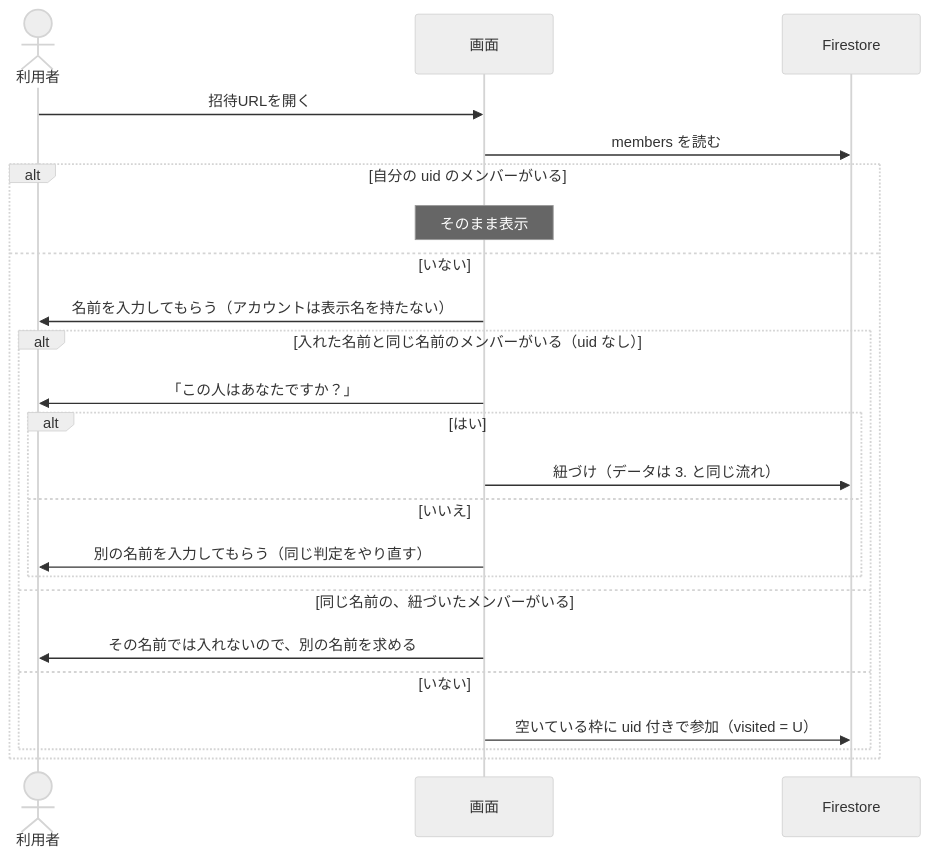
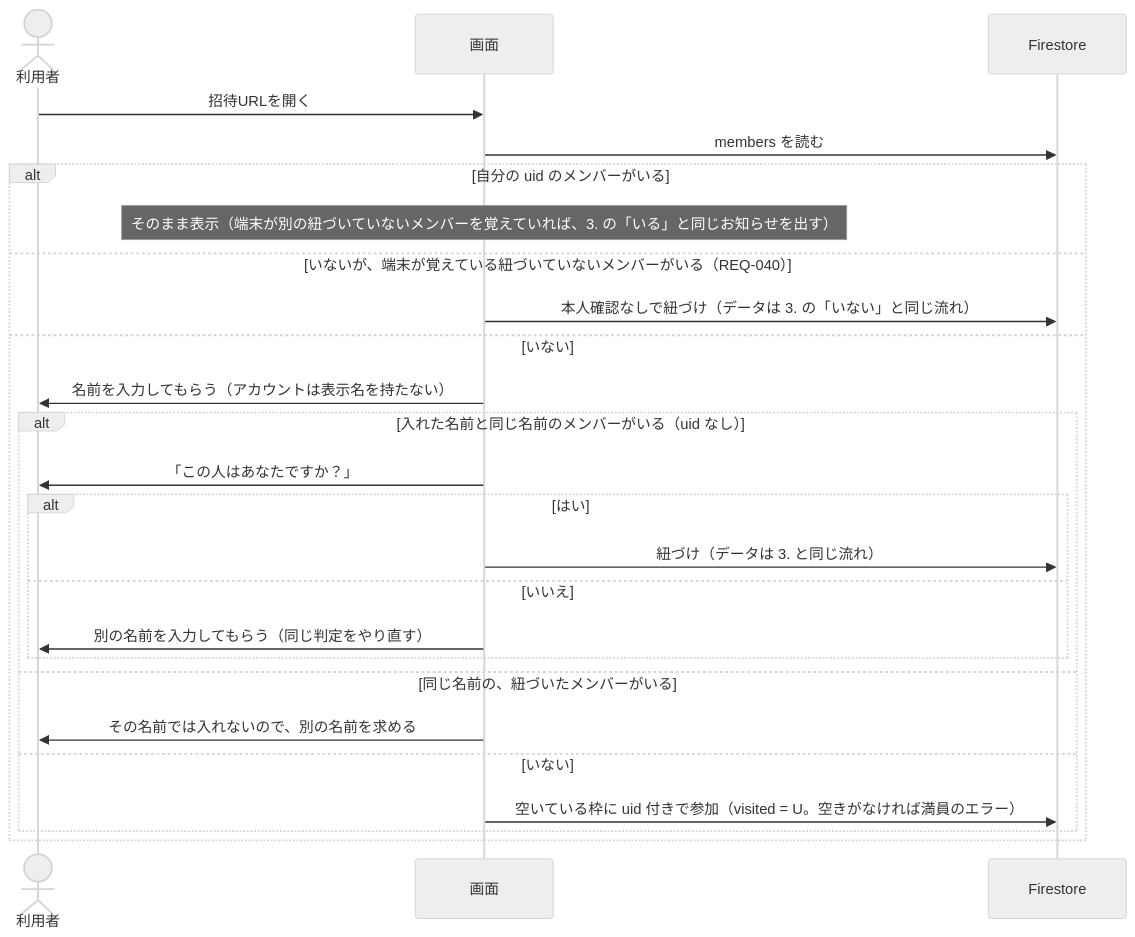
The fourth of 5 diagrams in docs/design/auth-flow.md (yuppy52/tabikaigi-map), drawn with Mermaid (neutral theme) before and after one commit. The commit also changed other lines of this file and 9 other files, not shown here.

````diff
--- a/docs/design/auth-flow.md
+++ b/docs/design/auth-flow.md
@@ -103,26 +105,28 @@
 ```mermaid
 sequenceDiagram
   actor U as 利用者
   participant App as 画面
   participant DB as Firestore
 
   U->>App: 招待URLを開く
   App->>DB: members を読む
   alt 自分の uid のメンバーがいる
-    Note over App: そのまま表示
+    Note over App: そのまま表示（端末が別の紐づいていないメンバーを覚えていれば、3. の「いる」と同じお知らせを出す）
+  else いないが、端末が覚えている紐づいていないメンバーがいる（REQ-040）
+    App->>DB: 本人確認なしで紐づけ（データは 3. の「いない」と同じ流れ）
   else いない
     App->>U: 名前を入力してもらう（アカウントは表示名を持たない）
     alt 入れた名前と同じ名前のメンバーがいる（uid なし）
       App->>U: 「この人はあなたですか？」
       alt はい
         App->>DB: 紐づけ（データは 3. と同じ流れ）
       else いいえ
         App->>U: 別の名前を入力してもらう（同じ判定をやり直す）
       end
     else 同じ名前の、紐づいたメンバーがいる
       App->>U: その名前では入れないので、別の名前を求める
     else いない
-      App->>DB: 空いている枠に uid 付きで参加（visited = U）
+      App->>DB: 空いている枠に uid 付きで参加（visited = U。空きがなければ満員のエラー）
     end
   end
 ```
````
